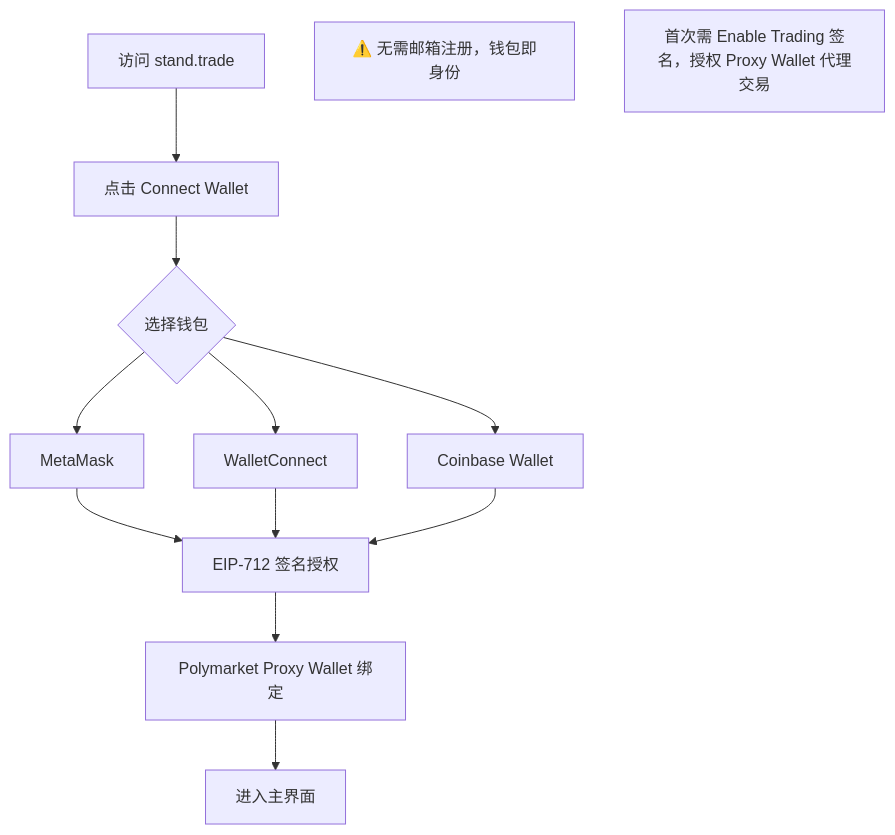
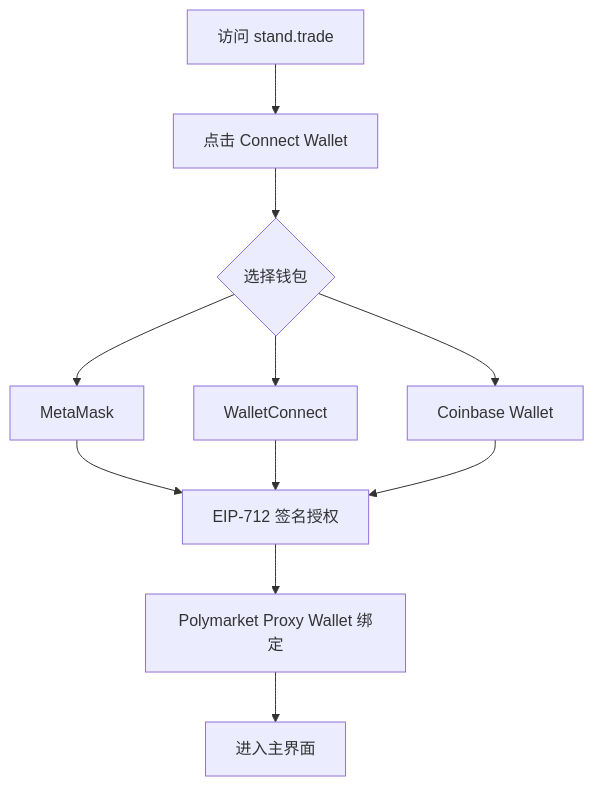
One commit to survivorff/polymarket_research changed the first of 10 diagrams in research/06_stand_trade/analysis.md. Above: the diagram before and after it, drawn with Mermaid. The commit also changed other lines of this file and 11 other files, not shown here.

First line of the commit message:
修复所有 Mermaid 语法错误，确保流程图可正常渲染

````diff
--- a/research/06_stand_trade/analysis.md
+++ b/research/06_stand_trade/analysis.md
@@ -44,15 +44,15 @@
 ```mermaid
 flowchart TD
     A[访问 stand.trade] --> B[点击 Connect Wallet]
     B --> C{选择钱包}
     C --> C1[MetaMask]
     C --> C2[WalletConnect]
     C --> C3[Coinbase Wallet]
     C1 --> D[EIP-712 签名授权]
     C2 --> D
     C3 --> D
     D --> E[Polymarket Proxy Wallet 绑定]
     E --> F[进入主界面]
-    note1[⚠️ 无需邮箱注册，钱包即身份]
-    note2[首次需 Enable Trading 签名，授权 Proxy Wallet 代理交易]
+    %% 注: ⚠️ 无需邮箱注册，钱包即身份
+    %% 注: 首次需 Enable Trading 签名，授权 Proxy Wallet 代理交易
 ```
````
